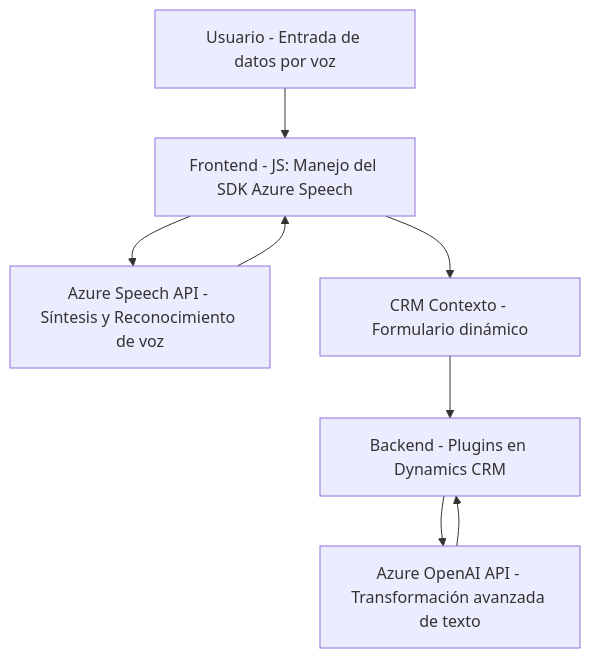
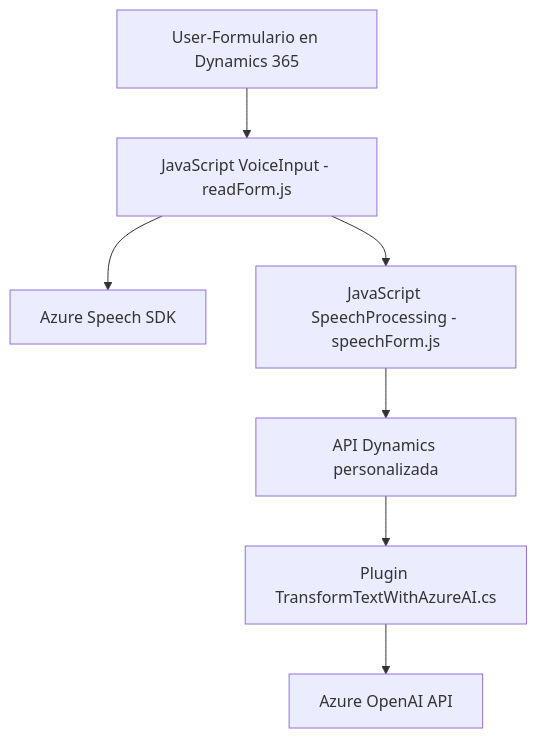
Before and after one commit to blopezdm/NETCORE_BILBAO2025: the diagram in README.md, drawn with Mermaid. The commit also changed other lines of this file, not shown here.

````diff
--- a/README.md
+++ b/README.md
@@ -38,17 +40,17 @@
 ```mermaid
 graph TD
-  A["Usuario - Entrada de datos por voz"]
-  B["Frontend - JS: Manejo del SDK Azure Speech"]
-  C["Azure Speech API - Síntesis y Reconocimiento de voz"]
-  D["Backend - Plugins en Dynamics CRM"]
-  E["Azure OpenAI API - Transformación avanzada de texto"]
-  F["CRM Contexto - Formulario dinámico"]
+    A["User-Formulario en Dynamics 365"]
+    B["JavaScript VoiceInput - readForm.js"]
+    C["Azure Speech SDK"]
+    D["JavaScript SpeechProcessing - speechForm.js"]
+    E["API Dynamics personalizada"]
+    F["Plugin TransformTextWithAzureAI.cs"]
+    G["Azure OpenAI API"]
 
-  A --> B
-  B --> C
-  C --> B
-  B --> F
-  F --> D
-  D --> E
-  E --> D
+    A --> B
+    B --> C
+    B --> D
+    D --> E
+    E --> F
+    F --> G
 ```
````
